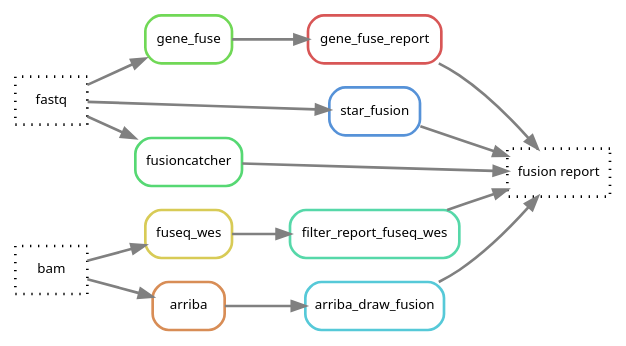
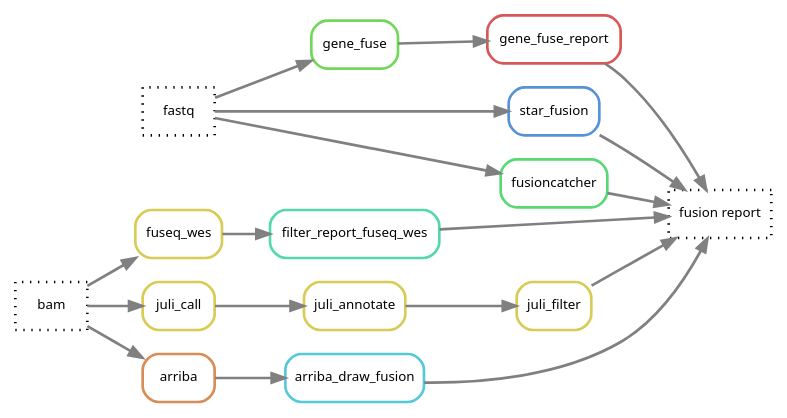
The diagram in docs/images/fusions.dot (hydra-genetics/fusions), drawn with Graphviz before and after one commit. The commit also changed 9 other files, not shown here.

```diff
--- a/docs/images/fusions.dot
+++ b/docs/images/fusions.dot
@@ -1,30 +1,37 @@
 digraph snakemake_dag {
 	rankdir="LR"
     graph[bgcolor=white, margin=0];
     node[shape=box, style=rounded, fontname=sans,                 fontsize=10, penwidth=2];
     edge[penwidth=2, color=grey];
 	0[label = "fusion report", color = "0.0 0.0 0.0", style="dotted"];
 	1[label = "gene_fuse_report", color = "0.00 0.6 0.85", style="rounded"];
 	2[label = "gene_fuse", color = "0.30 0.6 0.85", style="rounded"];
 	3[label = "filter_report_fuseq_wes", color = "0.44 0.6 0.85", style="rounded"];
 	4[label = "fuseq_wes", color = "0.15 0.6 0.85", style="rounded"];
+	41[label = "juli_call", color = "0.15 0.6 0.85", style="rounded"];
+	42[label = "juli_annotate", color = "0.15 0.6 0.85", style="rounded"];
+	43[label = "juli_filter", color = "0.15 0.6 0.85", style="rounded"];
 	5[label = "arriba_draw_fusion", color = "0.52 0.6 0.85", style="rounded"];
 	6[label = "arriba", color = "0.07 0.6 0.85", style="rounded"];
 	7[label = "star_fusion", color = "0.59 0.6 0.85", style="rounded"];
 	8[label = "fusioncatcher", color = "0.37 0.6 0.85", style="rounded"];
 	9[label = "fastq", color = "0.0 0.0 0.0", style="dotted"];
 	10[label = "bam", color = "0.0 0.0 0.0", style="dotted"];
 	1 -> 0
 	8 -> 0
 	3 -> 0
 	5 -> 0
 	7 -> 0
 	2 -> 1
 	4 -> 3
 	6 -> 5
 	10 -> 6
 	9 -> 8
 	9 -> 7
 	9 -> 2
 	10 -> 4
+	10 -> 41
+	41 -> 42
+	42 -> 43
+	43 -> 0
 }            
```
